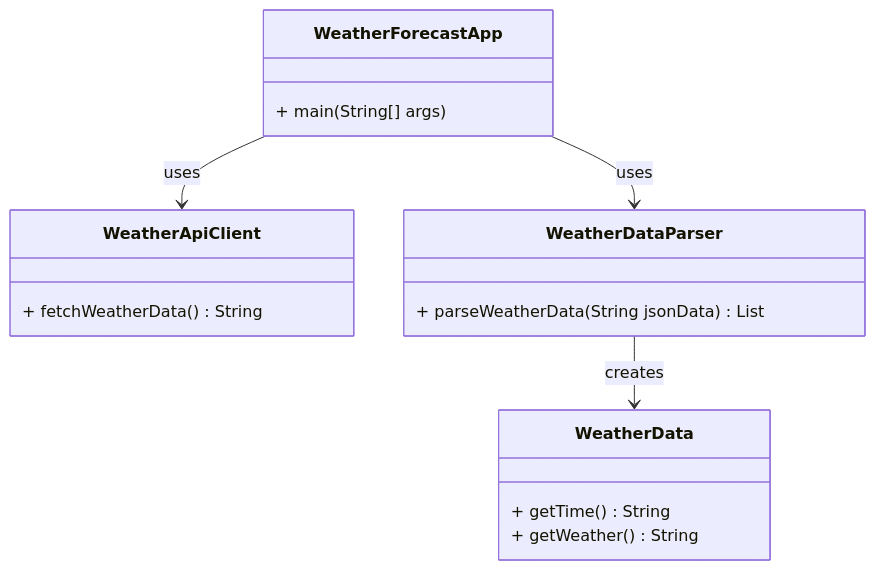
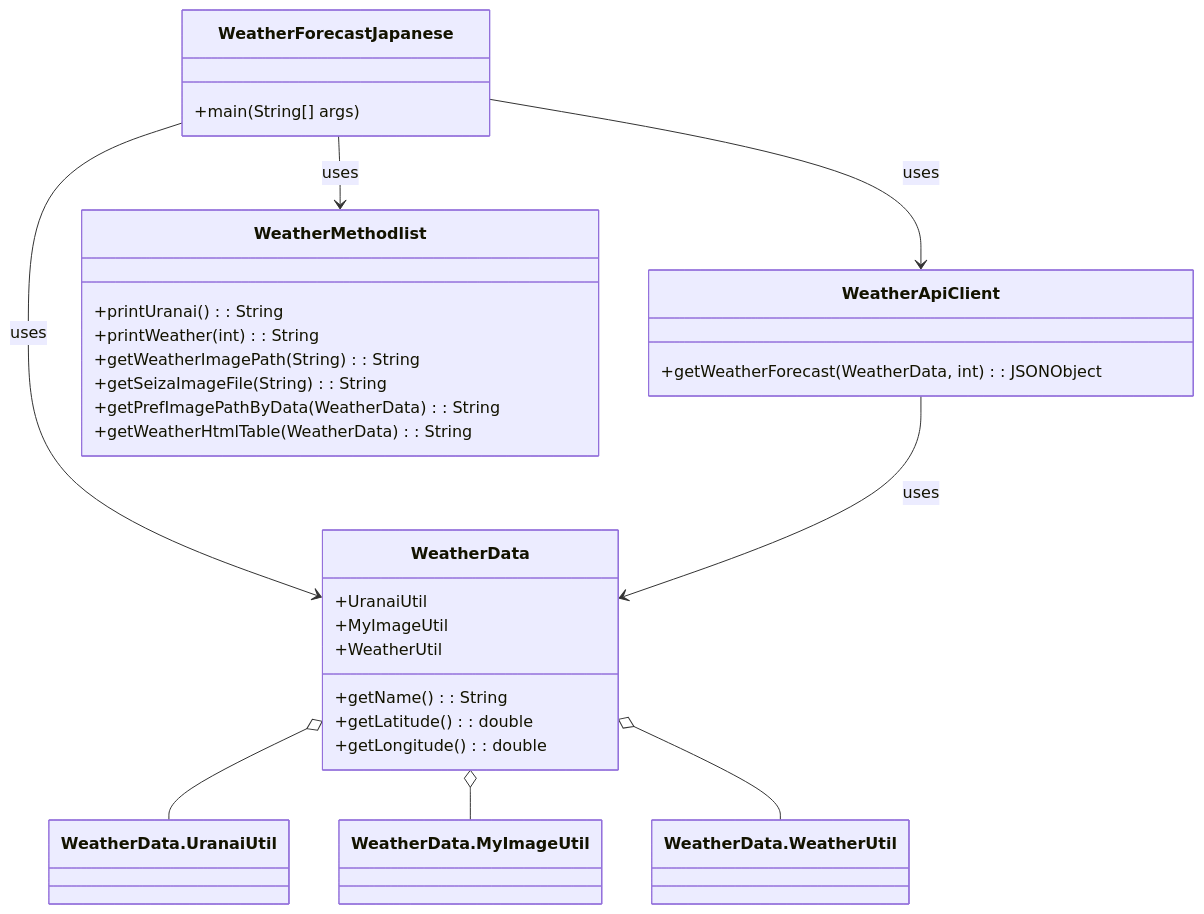
The diagram in after.mmd (kota7174/WeatherForecastApp_modify), drawn with Mermaid before and after one commit. The commit also changed 3 other files, not shown here.

```diff
--- a/after.mmd
+++ b/after.mmd
@@ -1,21 +1,30 @@
 classDiagram
-    class WeatherForecastApp {
-        + main(String[] args)
+    class WeatherForecastJapanese {
+        +main(String[] args)
     }
-
     class WeatherApiClient {
-        + fetchWeatherData() String
+        +getWeatherForecast(WeatherData, int): JSONObject
     }
-
-    class WeatherDataParser {
-        + parseWeatherData(String jsonData) List<WeatherData>
+    class WeatherData {
+        +getName(): String
+        +getLatitude(): double
+        +getLongitude(): double
+        +UranaiUtil
+        +MyImageUtil
+        +WeatherUtil
     }
-
-    class WeatherData {
-        + getTime() String
-        + getWeather() String
+    class WeatherMethodlist {
+        +printUranai(): String
+        +printWeather(int): String
+        +getWeatherImagePath(String): String
+        +getSeizaImageFile(String): String
+        +getPrefImagePathByData(WeatherData): String
+        +getWeatherHtmlTable(WeatherData): String
     }
-
-    WeatherForecastApp --> WeatherApiClient : uses
-    WeatherForecastApp --> WeatherDataParser : uses
-    WeatherDataParser --> WeatherData : creates
+    WeatherForecastJapanese --> WeatherApiClient : uses
+    WeatherForecastJapanese --> WeatherData : uses
+    WeatherForecastJapanese --> WeatherMethodlist : uses
+    WeatherApiClient --> WeatherData : uses
+    WeatherData o-- WeatherData.UranaiUtil
+    WeatherData o-- WeatherData.MyImageUtil
+    WeatherData o-- WeatherData.WeatherUtil
```
